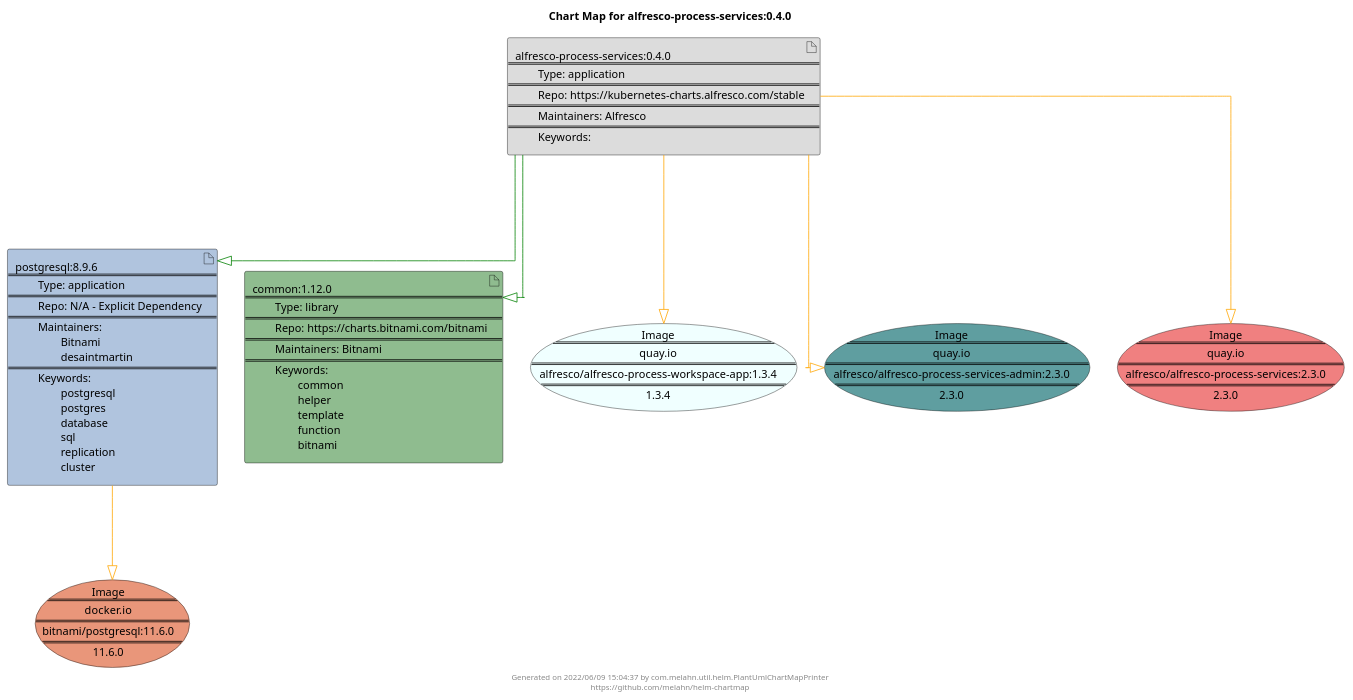
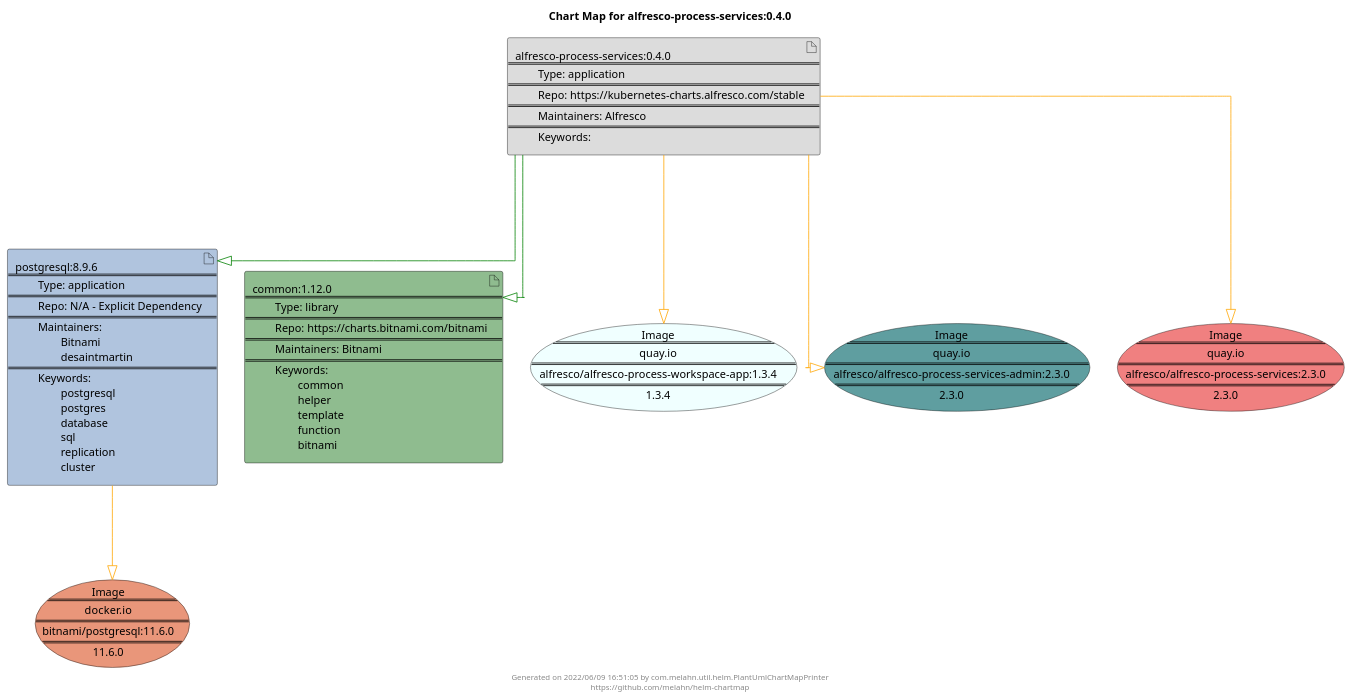
The diagram in docs/alfresco-process-services/alfresco-process-services-0.4.0.puml (melahn/helm-chartmap), drawn with PlantUML before and after one commit. The commit also changed 59 other files, not shown here.

Commit message:
Update Example Chart Maps as part of GitHub build

```diff
--- a/docs/alfresco-process-services/alfresco-process-services-0.4.0.puml
+++ b/docs/alfresco-process-services/alfresco-process-services-0.4.0.puml
@@ -1,31 +1,31 @@
 @startuml
 skinparam linetype ortho
 skinparam backgroundColor white
 skinparam usecaseBorderColor black
 skinparam usecaseArrowColor LightSlateGray
 skinparam artifactBorderColor black
 skinparam artifactArrowColor LightSlateGray
 
 title Chart Map for alfresco-process-services:0.4.0
 
 'There are 3 referenced Helm Charts
 artifact "alfresco-process-services:0.4.0\n====\n\tType: application\n====\n\tRepo: https://kubernetes-charts.alfresco.com/stable\n====\n\tMaintainers: Alfresco\n====\n\tKeywords: " as alfresco_process_services_0_4_0 #Gainsboro
 artifact "postgresql:8.9.6\n====\n\tType: application\n====\n\tRepo: N/A - Explicit Dependency\n====\n\tMaintainers: \n\t\tBitnami\n\t\tdesaintmartin\n====\n\tKeywords: \n\t\tpostgresql\n\t\tpostgres\n\t\tdatabase\n\t\tsql\n\t\treplication\n\t\tcluster" as postgresql_8_9_6 #LightSteelBlue
 artifact "common:1.12.0\n====\n\tType: library\n====\n\tRepo: https://charts.bitnami.com/bitnami\n====\n\tMaintainers: Bitnami\n====\n\tKeywords: \n\t\tcommon\n\t\thelper\n\t\ttemplate\n\t\tfunction\n\t\tbitnami" as common_1_12_0 #DarkSeaGreen
 
 'There are 4 referenced Docker Images
 usecase "Image\n====\nquay.io\n====\nalfresco/alfresco-process-workspace-app:1.3.4\n====\n1.3.4" as quay_io_alfresco_alfresco_process_workspace_app_1_3_4 #Azure
 usecase "Image\n====\nquay.io\n====\nalfresco/alfresco-process-services-admin:2.3.0\n====\n2.3.0" as quay_io_alfresco_alfresco_process_services_admin_2_3_0 #CadetBlue
 usecase "Image\n====\ndocker.io\n====\nbitnami/postgresql:11.6.0\n====\n11.6.0" as docker_io_bitnami_postgresql_11_6_0 #DarkSalmon
 usecase "Image\n====\nquay.io\n====\nalfresco/alfresco-process-services:2.3.0\n====\n2.3.0" as quay_io_alfresco_alfresco_process_services_2_3_0 #LightCoral
 
 'Chart Dependencies
+alfresco_process_services_0_4_0--[#green]-|>postgresql_8_9_6
 alfresco_process_services_0_4_0--[#green]-|>common_1_12_0
-alfresco_process_services_0_4_0--[#green]-|>postgresql_8_9_6
 alfresco_process_services_0_4_0--[#orange]-|>quay_io_alfresco_alfresco_process_services_admin_2_3_0
 alfresco_process_services_0_4_0--[#orange]-|>quay_io_alfresco_alfresco_process_workspace_app_1_3_4
 alfresco_process_services_0_4_0--[#orange]-|>quay_io_alfresco_alfresco_process_services_2_3_0
 postgresql_8_9_6--[#orange]-|>docker_io_bitnami_postgresql_11_6_0
 
-center footer Generated on 2022/06/09 15:04:37 by com.melahn.util.helm.PlantUmlChartMapPrinter\nhttps://github.com/melahn/helm-chartmap
+center footer Generated on 2022/06/09 16:51:05 by com.melahn.util.helm.PlantUmlChartMapPrinter\nhttps://github.com/melahn/helm-chartmap
 @enduml
```
